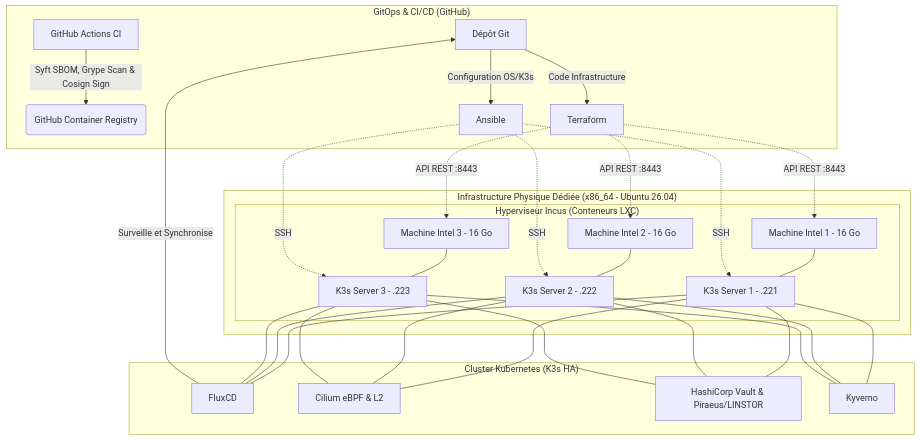
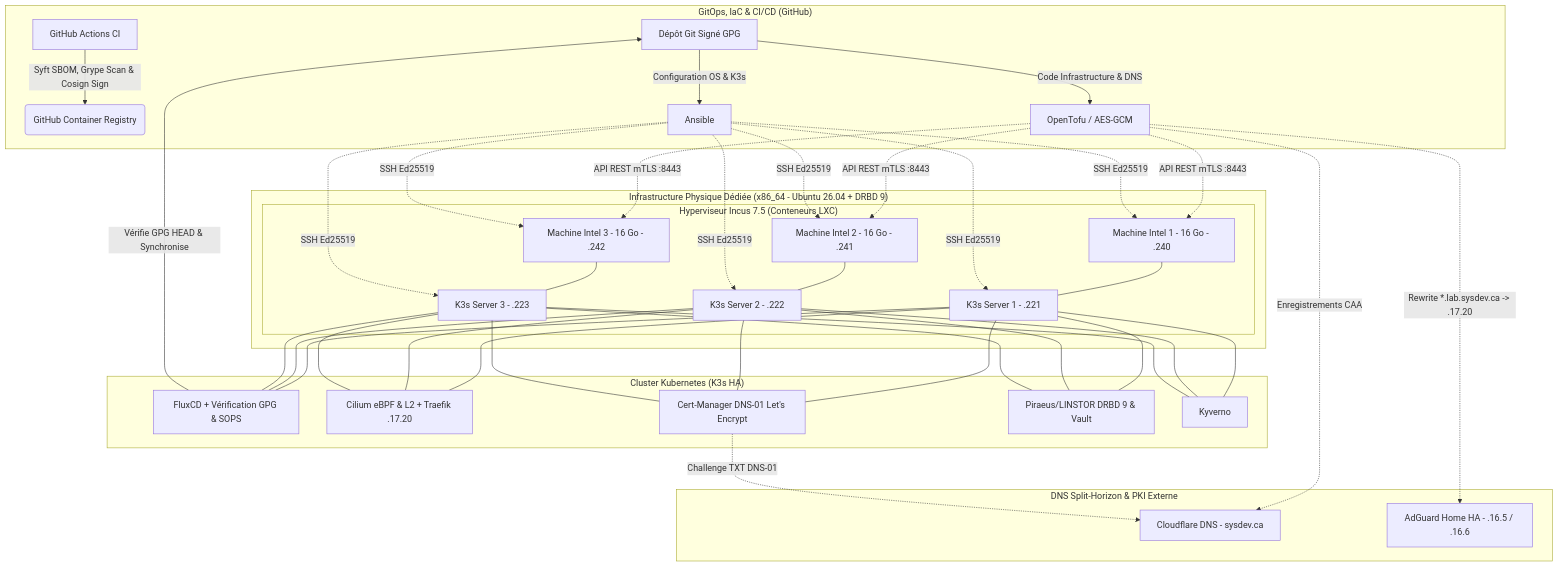
One commit to Milenko5/homelab-devsecops changed the diagram in README.md. Above: the diagram before and after it, drawn with Mermaid. The commit also changed other lines of this file and 5 other files, not shown here.

````diff
--- a/README.md
+++ b/README.md
@@ -37,44 +39,48 @@
 ```mermaid
 graph TD
 
-subgraph "GitOps & CI/CD (GitHub)"
-A[GitHub Actions CI] -->|Syft SBOM, Grype Scan & Cosign Sign| B(GitHub Container Registry)
-C[Dépôt Git] -->|Code Infrastructure| D[Terraform]
-C -->|Configuration OS/K3s| E[Ansible]
+subgraph "GitOps, IaC & CI/CD (GitHub)"
+    A[GitHub Actions CI] -->|Syft SBOM, Grype Scan & Cosign Sign| B(GitHub Container Registry)
+    C[Dépôt Git Signé GPG] -->|Code Infrastructure & DNS| D[OpenTofu / AES-GCM]
+    C -->|Configuration OS & K3s| E[Ansible]
 end
 
-subgraph "Infrastructure Physique Dédiée (x86_64 - Ubuntu 26.04)"
-    F[Machine Intel 1 - 16 Go]
-    G[Machine Intel 2 - 16 Go]
-    O[Machine Intel 3 - 16 Go]
+subgraph "DNS Split-Horizon & PKI Externe"
+    CF[Cloudflare DNS - sysdev.ca]
+    AG[AdGuard Home HA - .16.5 / .16.6]
+    D -.->|Enregistrements CAA| CF
+    D -.->|Rewrite *.lab.sysdev.ca -> .17.20| AG
+end
+
+subgraph "Infrastructure Physique Dédiée (x86_64 - Ubuntu 26.04 + DRBD 9)"
+    F[Machine Intel 1 - 16 Go - .240]
+    G[Machine Intel 2 - 16 Go - .241]
+    O[Machine Intel 3 - 16 Go - .242]
     
-    D -.->|API REST :8443| F
-    D -.->|API REST :8443| G
-    D -.->|API REST :8443| O
+    D -.->|API REST mTLS :8443| F & G & O
     
-    subgraph "Hyperviseur Incus (Conteneurs LXC)"
+    subgraph "Hyperviseur Incus 7.5 (Conteneurs LXC)"
         H[K3s Server 1 - .221]
         I[K3s Server 2 - .222]
         J[K3s Server 3 - .223]
         
         F --- H
         G --- I
         O --- J
     end
 end
 
 subgraph "Cluster Kubernetes (K3s HA)"
-    K[FluxCD]
-    L[Cilium eBPF & L2]
-    M[HashiCorp Vault & Piraeus/LINSTOR]
+    K[FluxCD + Vérification GPG & SOPS]
+    L[Cilium eBPF & L2 + Traefik .17.20]
+    P[Cert-Manager DNS-01 Let's Encrypt]
+    M[Piraeus/LINSTOR DRBD 9 & Vault]
     N[Kyverno]
     
-    H & I & J --- K
-    H & I & J --- L
-    H & I & J --- M
-    H & I & J --- N
+    H & I & J --- K & L & P & M & N
 end
 
-E -.->|SSH| H & I & J
-K -->|Surveille et Synchronise| C
+E -.->|SSH Ed25519| F & G & O & H & I & J
+K -->|Vérifie GPG HEAD & Synchronise| C
+P -.->|Challenge TXT DNS-01| CF
 ```
````
